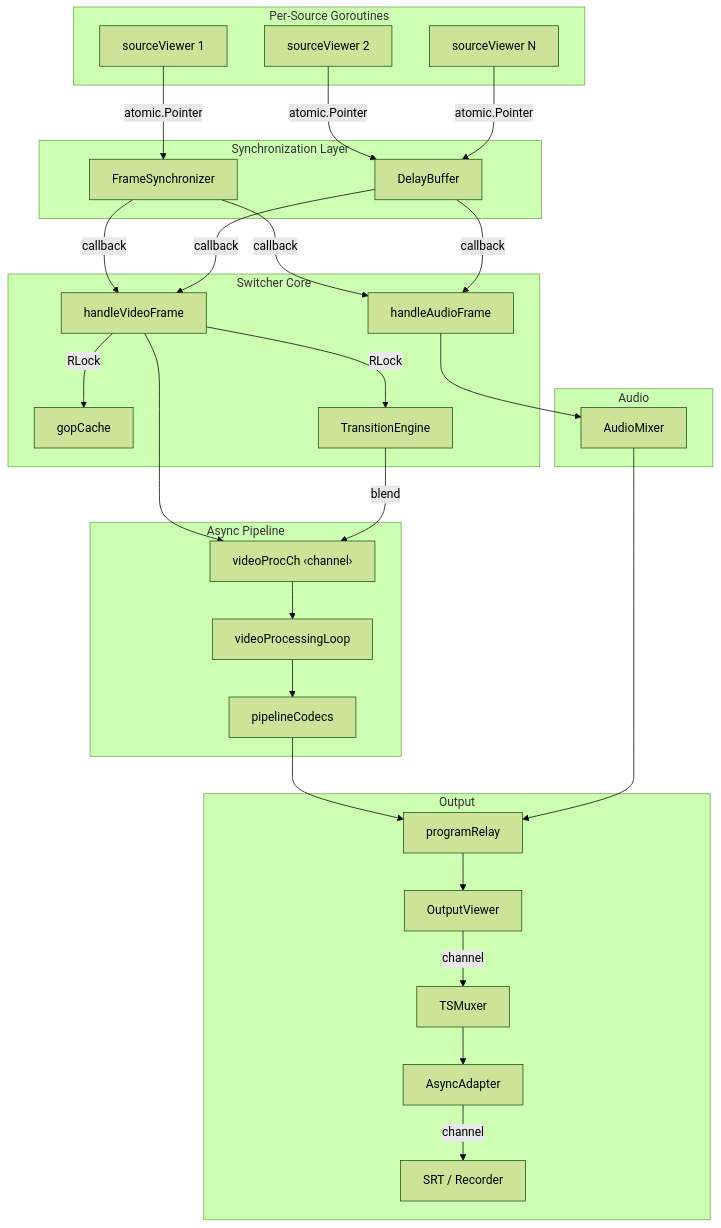
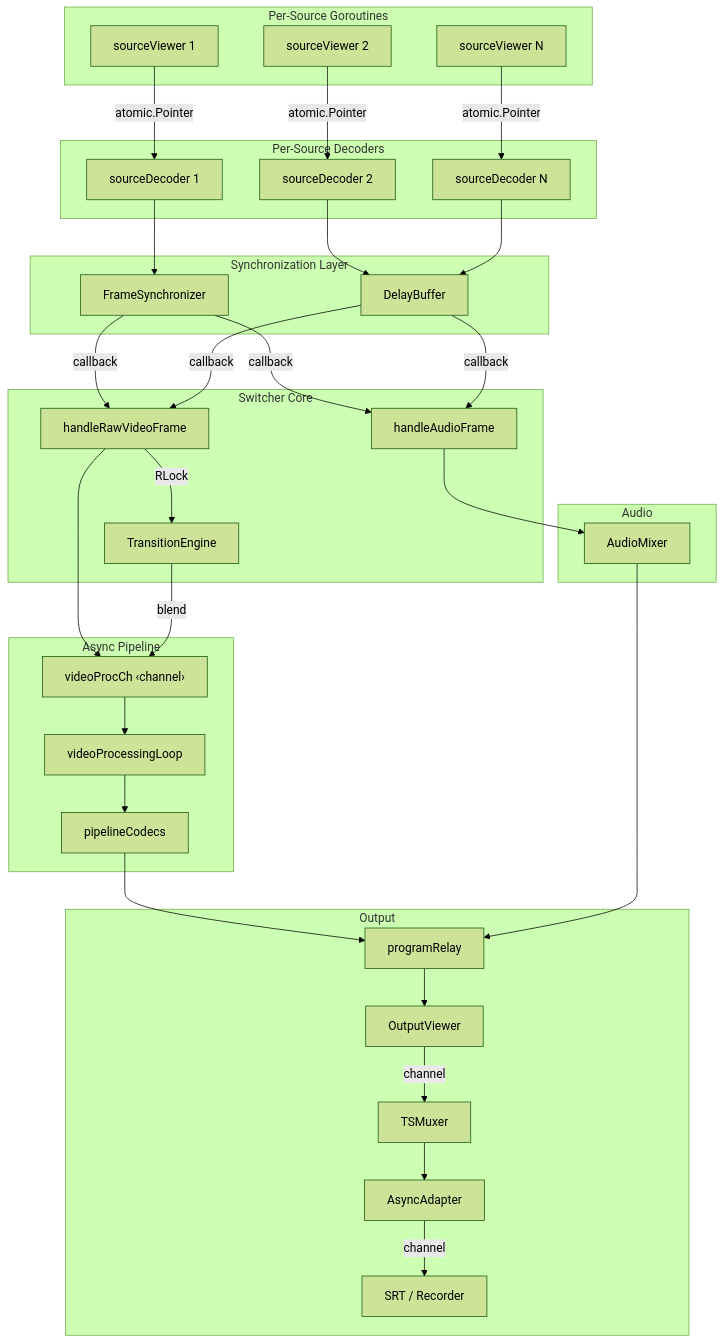
Before and after one commit to zsiec/switchframe: the first of 8 diagrams in docs/locking-and-concurrency.md, drawn with Mermaid (forest theme). The commit also changed other lines of this file and 2 other files, not shown here.

First line of the commit message:
docs: update architecture and locking docs for always-decode

````diff
--- a/docs/locking-and-concurrency.md
+++ b/docs/locking-and-concurrency.md
@@ -14,59 +14,66 @@
 ```mermaid
 graph TD
     subgraph "Per-Source Goroutines"
         SV1[sourceViewer 1]
         SV2[sourceViewer 2]
         SV3[sourceViewer N]
     end
 
     subgraph "Synchronization Layer"
         FS[FrameSynchronizer]
         DB[DelayBuffer]
     end
 
+    subgraph "Per-Source Decoders"
+        SD1[sourceDecoder 1]
+        SD2[sourceDecoder 2]
+        SD3[sourceDecoder N]
+    end
+
     subgraph "Switcher Core"
-        HVF[handleVideoFrame]
+        HRVF[handleRawVideoFrame]
         HAF[handleAudioFrame]
-        GC[gopCache]
         TE[TransitionEngine]
     end
 
     subgraph "Async Pipeline"
         VPC[videoProcCh ‹channel›]
         VPL[videoProcessingLoop]
         PC[pipelineCodecs]
     end
 
     subgraph "Output"
         PR[programRelay]
         OV[OutputViewer]
         MX[TSMuxer]
         AA[AsyncAdapter]
         SRT[SRT / Recorder]
     end
 
     subgraph "Audio"
         MIX[AudioMixer]
     end
 
-    SV1 -->|atomic.Pointer| FS
-    SV2 -->|atomic.Pointer| DB
-    SV3 -->|atomic.Pointer| DB
-    FS -->|callback| HVF
-    DB -->|callback| HVF
+    SV1 -->|atomic.Pointer| SD1
+    SV2 -->|atomic.Pointer| SD2
+    SV3 -->|atomic.Pointer| SD3
+    SD1 --> FS
+    SD2 --> DB
+    SD3 --> DB
+    FS -->|callback| HRVF
+    DB -->|callback| HRVF
     FS -->|callback| HAF
     DB -->|callback| HAF
-    HVF -->|RLock| GC
-    HVF -->|RLock| TE
-    HVF --> VPC
+    HRVF -->|RLock| TE
+    HRVF --> VPC
     TE -->|blend| VPC
     VPC --> VPL
     VPL --> PC
     PC --> PR
     PR --> OV
     OV -->|channel| MX
     MX --> AA
     AA -->|channel| SRT
     HAF --> MIX
     MIX --> PR
 ```
````
